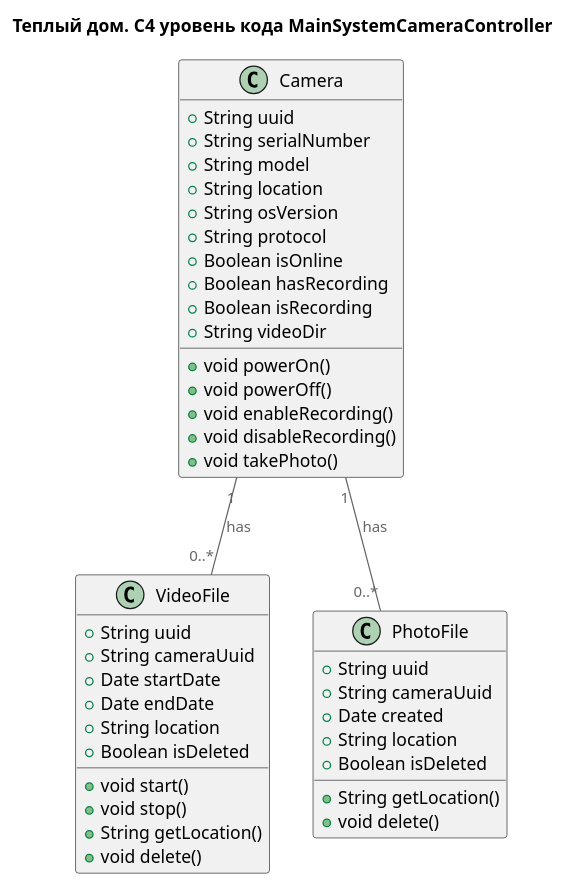
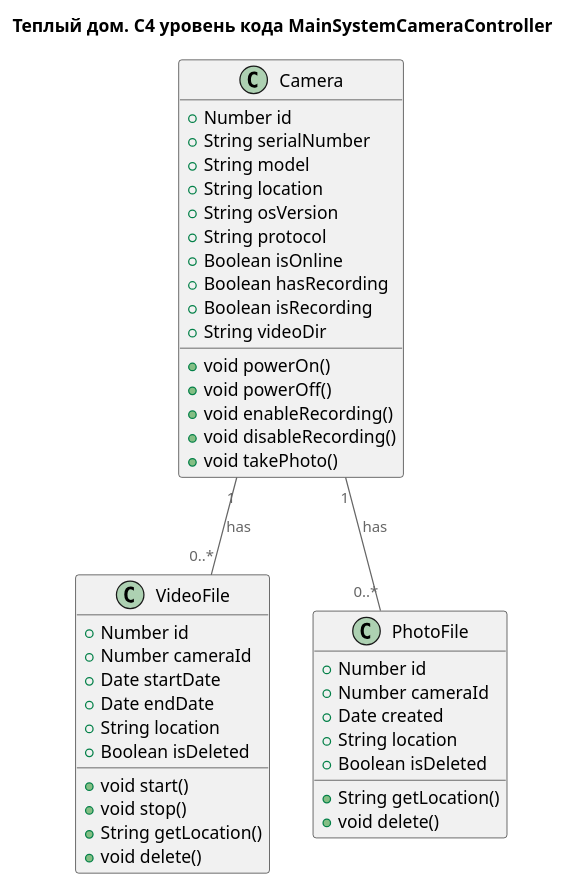
One commit to realjungleman/architecture-warmhouse changed the diagram in 2_task/c4_code.puml. Above: the diagram before and after it, drawn with PlantUML. The commit also changed 6 other files, not shown here.

```diff
--- a/2_task/c4_code.puml
+++ b/2_task/c4_code.puml
@@ -1,52 +1,52 @@
 @startuml
 title Теплый дом. С4 уровень кода MainSystemCameraController
 
 top to bottom direction
 
 !includeurl https://raw.githubusercontent.com/RicardoNiepel/C4-PlantUML/master/C4_Component.puml
 
 class Camera {
-  +String uuid
+  +Number id
   +String serialNumber
   +String model
   +String location
   +String osVersion
   +String protocol
   +Boolean isOnline
   +Boolean hasRecording
   +Boolean isRecording
   +String videoDir
   +void powerOn()
   +void powerOff()
   +void enableRecording()
   +void disableRecording()
   +void takePhoto()
 }
 
 class VideoFile {
-  +String uuid
-  +String cameraUuid
+  +Number id
+  +Number cameraId
   +Date startDate
   +Date endDate
   +String location
   +Boolean isDeleted
   +void start()
   +void stop()
   +String getLocation()
   +void delete()
 }
 
 class PhotoFile {
-  +String uuid
-  +String cameraUuid
+  +Number id
+  +Number cameraId
   +Date created
   +String location
   +Boolean isDeleted
   +String getLocation()
   +void delete()
 }
 
 Camera "1" -- "0..*" VideoFile : has
 Camera "1" -- "0..*" PhotoFile : has
 
 @enduml
```
